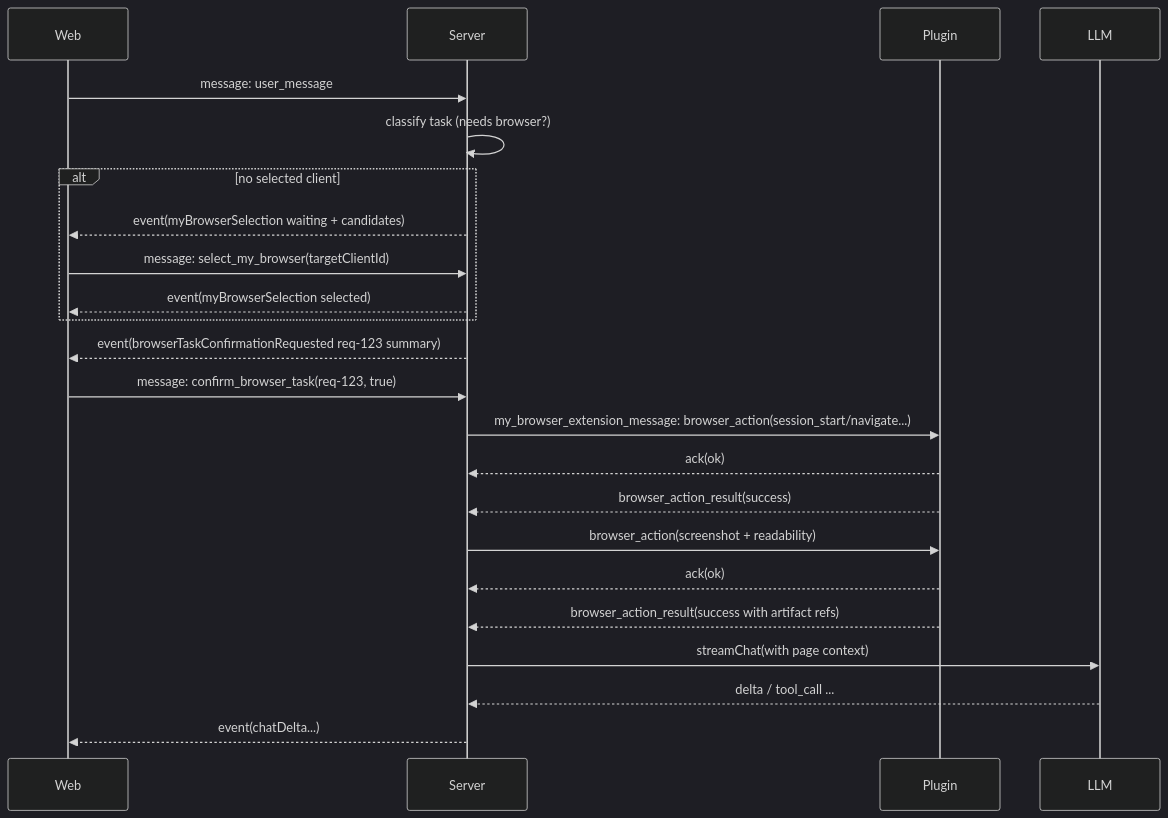
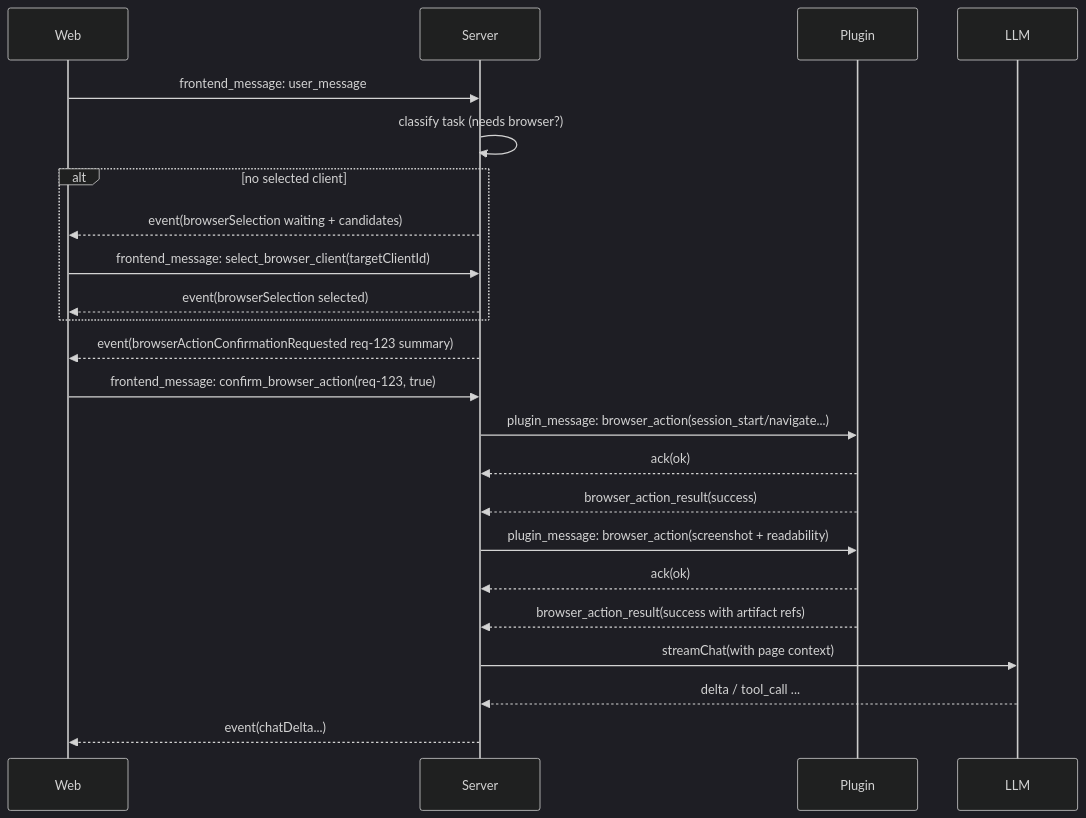
Before and after one commit to originpointer/mimo: the second of 2 diagrams in turbo/docs/system-design/agent-runtime.md, drawn with Mermaid (dark theme). The commit also changed other lines of this file and 3 other files, not shown here.

````diff
--- a/turbo/docs/system-design/agent-runtime.md
+++ b/turbo/docs/system-design/agent-runtime.md
@@ -97,30 +97,30 @@
 ```mermaid
 sequenceDiagram
   participant W as Web
   participant S as Server
   participant P as Plugin
   participant L as LLM
 
-  W->>S: message: user_message
+  W->>S: frontend_message: user_message
   S->>S: classify task (needs browser?)
   alt no selected client
-    S-->>W: event(myBrowserSelection waiting + candidates)
-    W->>S: message: select_my_browser(targetClientId)
-    S-->>W: event(myBrowserSelection selected)
+    S-->>W: event(browserSelection waiting + candidates)
+    W->>S: frontend_message: select_browser_client(targetClientId)
+    S-->>W: event(browserSelection selected)
   end
 
-  S-->>W: event(browserTaskConfirmationRequested req-123 summary)
-  W->>S: message: confirm_browser_task(req-123, true)
+  S-->>W: event(browserActionConfirmationRequested req-123 summary)
+  W->>S: frontend_message: confirm_browser_action(req-123, true)
 
-  S->>P: my_browser_extension_message: browser_action(session_start/navigate...)
+  S->>P: plugin_message: browser_action(session_start/navigate...)
   P-->>S: ack(ok)
   P-->>S: browser_action_result(success)
 
-  S->>P: browser_action(screenshot + readability)
+  S->>P: plugin_message: browser_action(screenshot + readability)
   P-->>S: ack(ok)
   P-->>S: browser_action_result(success with artifact refs)
 
   S->>L: streamChat(with page context)
   L-->>S: delta / tool_call ...
   S-->>W: event(chatDelta...)
 ```
````
